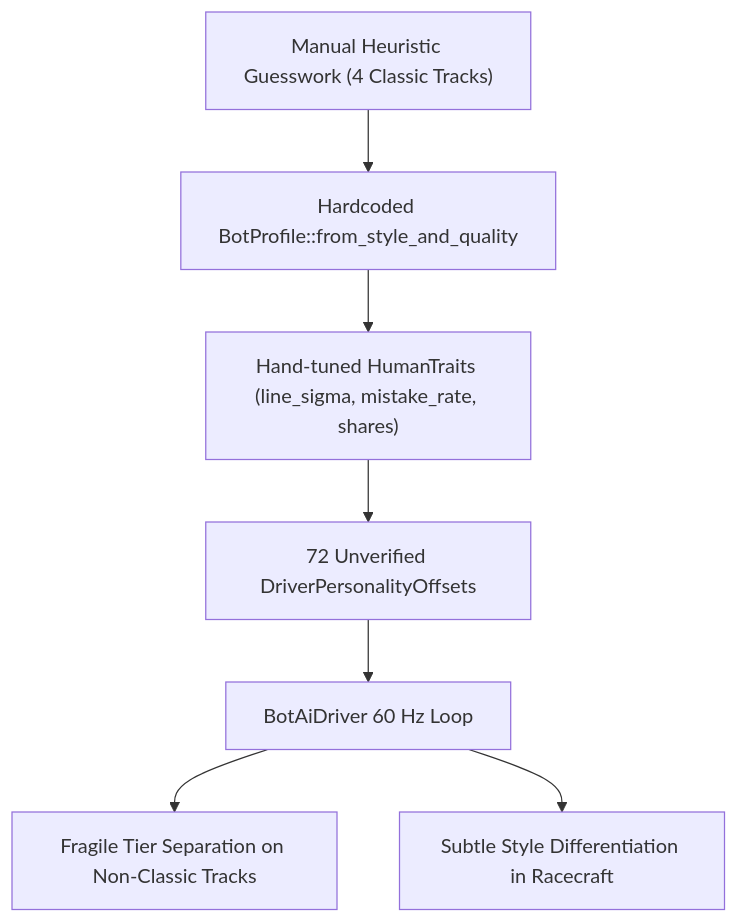
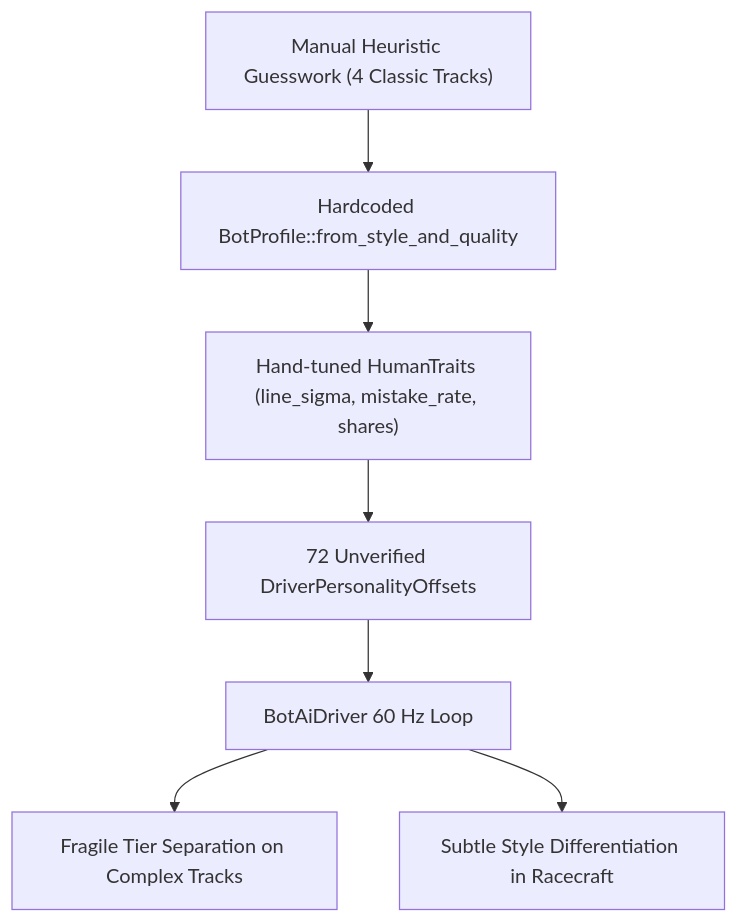
Before and after one commit to magomar/tdrace: the first of 3 diagrams in specs/083_evorl_bot_driving_style_and_performance_optimization.md, drawn with Mermaid. The commit also changed other lines of this file and 1 other file, not shown here.

````diff
--- a/specs/083_evorl_bot_driving_style_and_performance_optimization.md
+++ b/specs/083_evorl_bot_driving_style_and_performance_optimization.md
@@ -47,9 +63,9 @@
 ```mermaid
 flowchart TD
     M1["Manual Heuristic Guesswork (4 Classic Tracks)"] --> P1["Hardcoded BotProfile::from_style_and_quality"]
     P1 --> H1["Hand-tuned HumanTraits (line_sigma, mistake_rate, shares)"]
     H1 --> D1["72 Unverified DriverPersonalityOffsets"]
     D1 --> B1["BotAiDriver 60 Hz Loop"]
-    B1 --> T1["Fragile Tier Separation on Non-Classic Tracks"]
+    B1 --> T1["Fragile Tier Separation on Complex Tracks"]
     B1 --> S1["Subtle Style Differentiation in Racecraft"]
 ```
````
